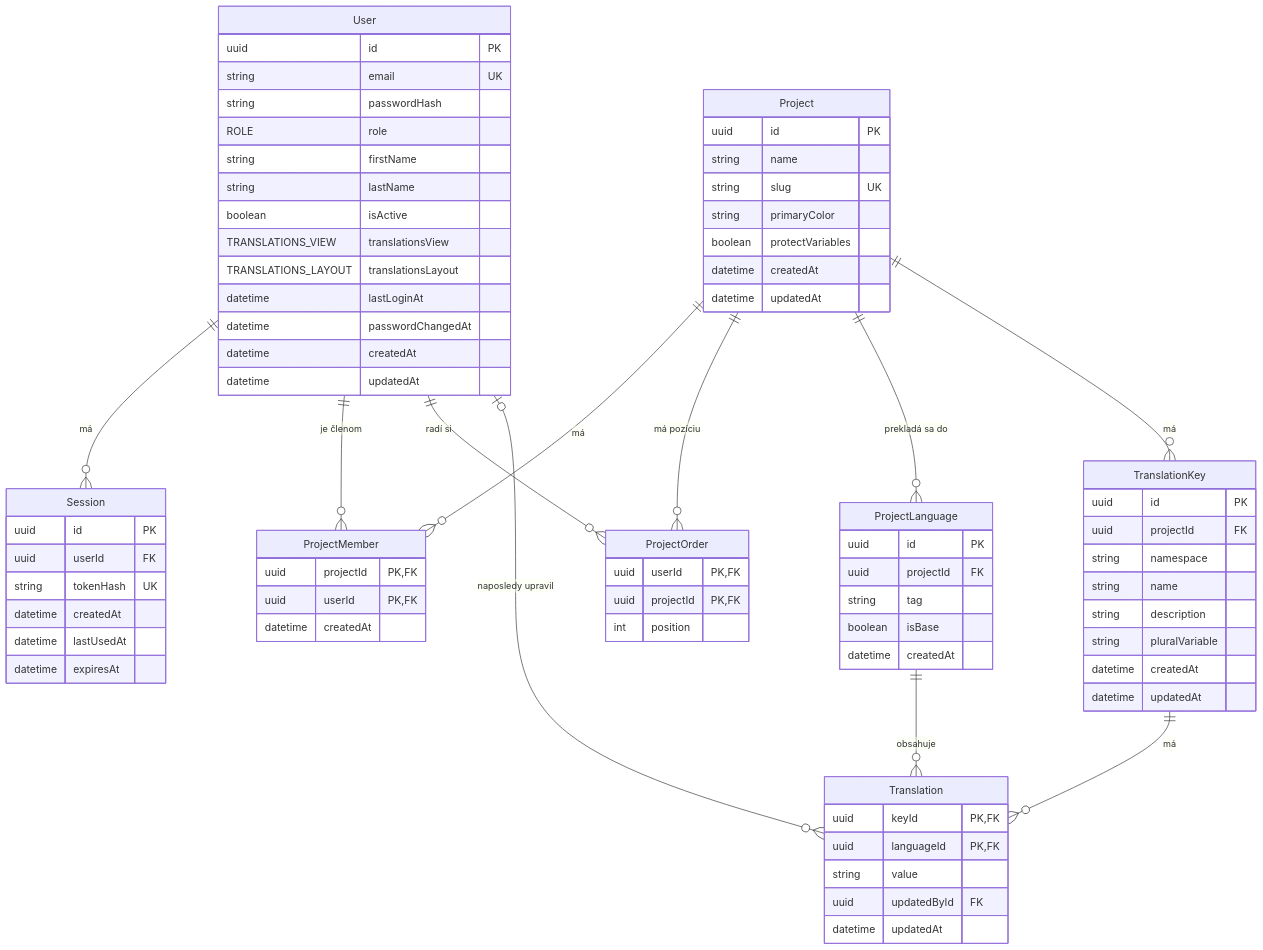
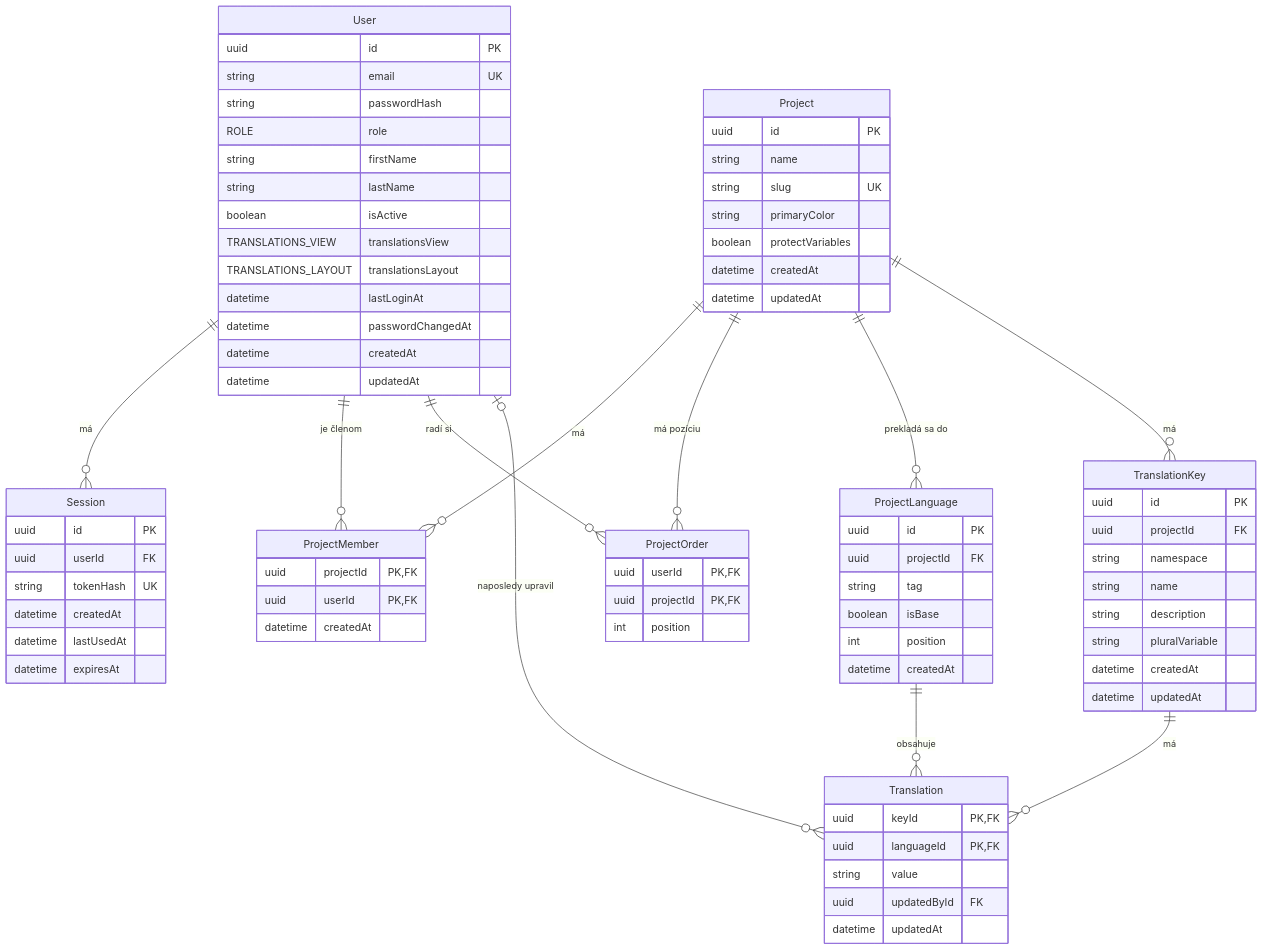
Before and after one commit to michal-bella/Locale-Admin: the diagram in docs/database.md, drawn with Mermaid. The commit also changed other lines of this file and 37 other files, not shown here.

````diff
--- a/docs/database.md
+++ b/docs/database.md
@@ -149,79 +150,80 @@
 ```mermaid
 erDiagram
     User ||--o{ Session : "má"
     User ||--o{ ProjectMember : "je členom"
     Project ||--o{ ProjectMember : "má"
     User ||--o{ ProjectOrder : "radí si"
     Project ||--o{ ProjectOrder : "má pozíciu"
     Project ||--o{ ProjectLanguage : "prekladá sa do"
     Project ||--o{ TranslationKey : "má"
     TranslationKey ||--o{ Translation : "má"
     ProjectLanguage ||--o{ Translation : "obsahuje"
     User |o--o{ Translation : "naposledy upravil"
     User {
         uuid id PK
         string email UK
         string passwordHash
         ROLE role
         string firstName
         string lastName
         boolean isActive
         TRANSLATIONS_VIEW translationsView
         TRANSLATIONS_LAYOUT translationsLayout
         datetime lastLoginAt
         datetime passwordChangedAt
         datetime createdAt
         datetime updatedAt
     }
     Session {
         uuid id PK
         uuid userId FK
         string tokenHash UK
         datetime createdAt
         datetime lastUsedAt
         datetime expiresAt
     }
     ProjectLanguage {
         uuid id PK
         uuid projectId FK
         string tag
         boolean isBase
+        int position
         datetime createdAt
     }
     Project {
         uuid id PK
         string name
         string slug UK
         string primaryColor
         boolean protectVariables
         datetime createdAt
         datetime updatedAt
     }
     ProjectMember {
         uuid projectId PK, FK
         uuid userId PK, FK
         datetime createdAt
     }
     ProjectOrder {
         uuid userId PK, FK
         uuid projectId PK, FK
         int position
     }
     TranslationKey {
         uuid id PK
         uuid projectId FK
         string namespace
         string name
         string description
         string pluralVariable
         datetime createdAt
         datetime updatedAt
     }
     Translation {
         uuid keyId PK, FK
         uuid languageId PK, FK
         string value
         uuid updatedById FK
         datetime updatedAt
     }
 ```
````
